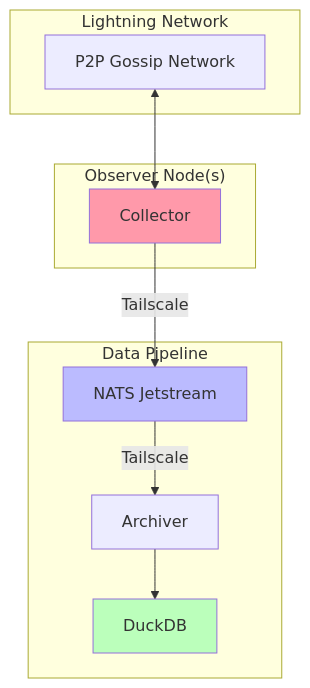
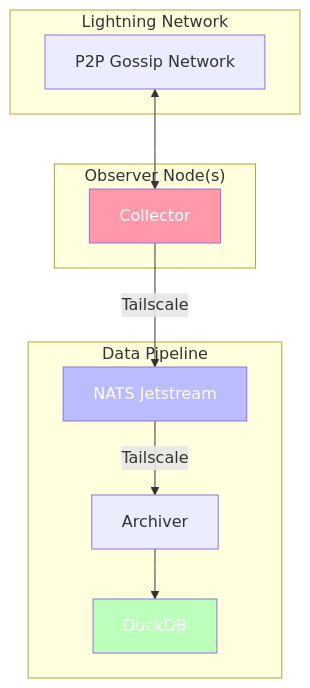
The diagram in README.md (jharveyb/gossip_observer), drawn with Mermaid before and after one commit. The commit also changed other lines of this file and 1 other file, not shown here.

````diff
--- a/README.md
+++ b/README.md
@@ -7,27 +7,27 @@
 ```mermaid
 graph TB
     subgraph "Observer Node(s)"
         C1[Collector]
     end
     
     subgraph "Data Pipeline"
         N[NATS Jetstream]
         A[Archiver]
         D[DuckDB]
     end
     
     subgraph "Lightning Network"
         LN[P2P Gossip Network]
     end
     
     LN <--> C1
     
     C1 -->|Tailscale| N
     
     N -->|Tailscale| A
     A --> D
     
-    style C1 fill:#f9a
-    style N fill:#bbf
-    style D fill:#bfb
+    style C1 fill:#f9a,color:#fff
+    style N fill:#bbf,color:#fff
+    style D fill:#bfb,color:#fff
 ```
````
